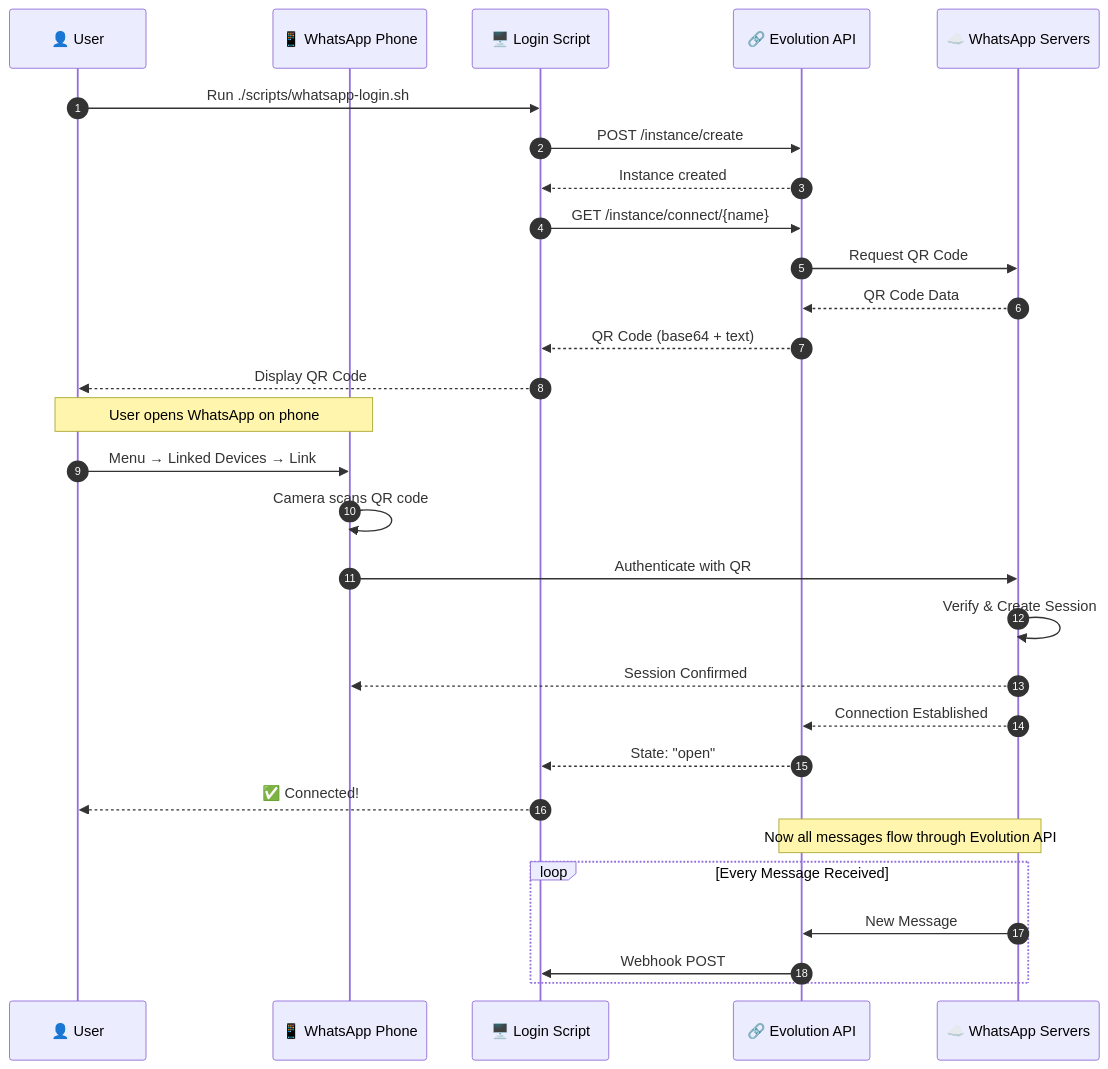
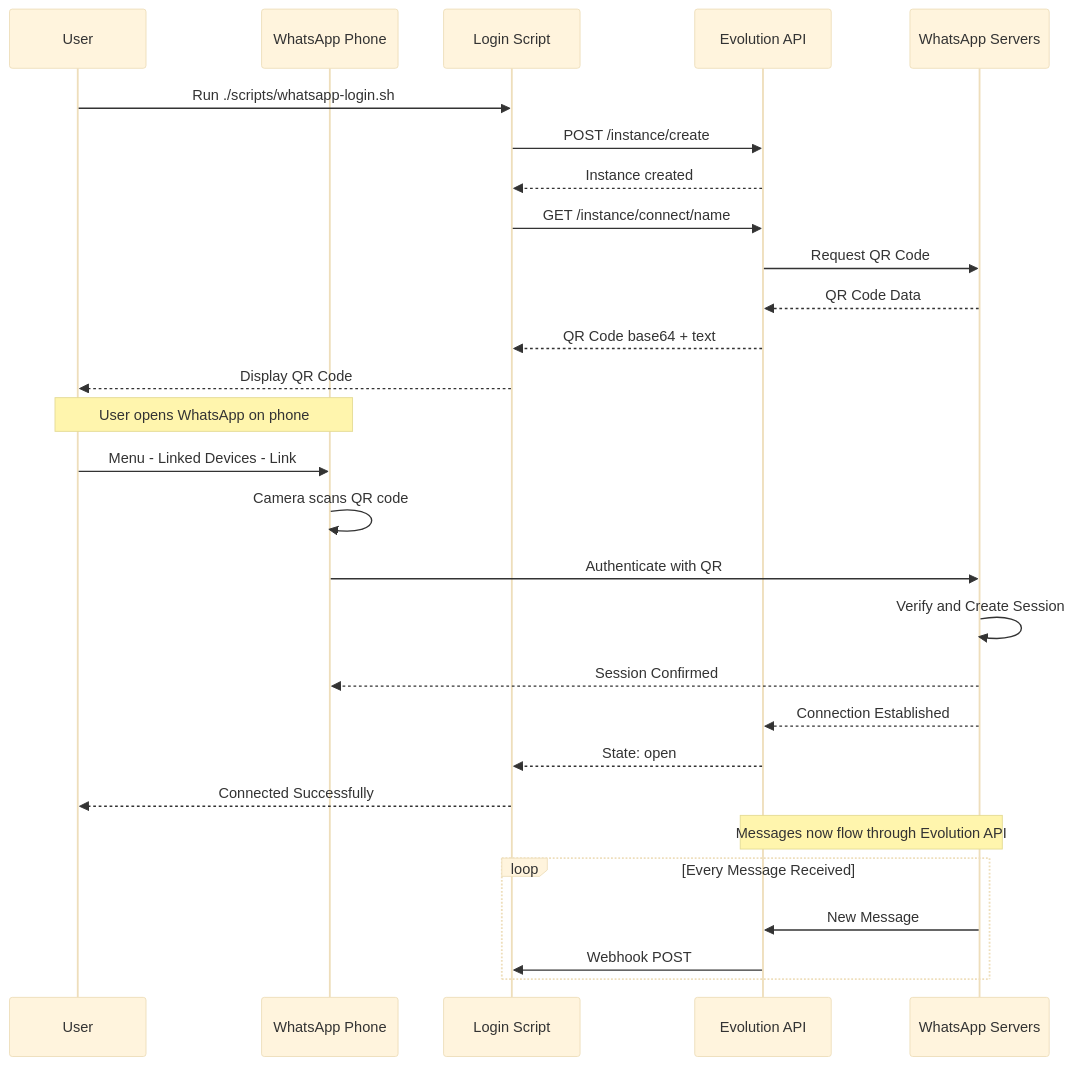
The diagram in docs/diagrams/02-whatsapp-login-flow.mmd (nityam2007/whatsapp-chat-rmd), drawn with Mermaid before and after one commit. The commit also changed 5 other files, not shown here.

First line of the commit message:
docs: update architecture diagrams for v0.5.0

```diff
--- a/docs/diagrams/02-whatsapp-login-flow.mmd
+++ b/docs/diagrams/02-whatsapp-login-flow.mmd
@@ -1,37 +1,42 @@
+%%{init: {'theme': 'base'}}%%
+
 sequenceDiagram
-    autonumber
-    participant User as 👤 User
-    participant Phone as 📱 WhatsApp Phone
-    participant Script as 🖥️ Login Script
-    participant EVO as 🔗 Evolution API
-    participant WA as ☁️ WhatsApp Servers
+    %% ============================================
+    %% WHATSAPP LOGIN FLOW - QR Code Authentication
+    %% ============================================
+
+    participant User as User
+    participant Phone as WhatsApp Phone
+    participant Script as Login Script
+    participant EVO as Evolution API
+    participant WA as WhatsApp Servers
 
     User->>Script: Run ./scripts/whatsapp-login.sh
     Script->>EVO: POST /instance/create
     EVO-->>Script: Instance created
     
-    Script->>EVO: GET /instance/connect/{name}
+    Script->>EVO: GET /instance/connect/name
     EVO->>WA: Request QR Code
     WA-->>EVO: QR Code Data
-    EVO-->>Script: QR Code (base64 + text)
+    EVO-->>Script: QR Code base64 + text
     
     Script-->>User: Display QR Code
     
     Note over User,Phone: User opens WhatsApp on phone
-    User->>Phone: Menu → Linked Devices → Link
+    User->>Phone: Menu - Linked Devices - Link
     Phone->>Phone: Camera scans QR code
     
     Phone->>WA: Authenticate with QR
-    WA->>WA: Verify & Create Session
+    WA->>WA: Verify and Create Session
     WA-->>Phone: Session Confirmed
     WA-->>EVO: Connection Established
     
-    EVO-->>Script: State: "open"
-    Script-->>User: ✅ Connected!
+    EVO-->>Script: State: open
+    Script-->>User: Connected Successfully
 
-    Note over EVO,WA: Now all messages flow through Evolution API
+    Note over EVO,WA: Messages now flow through Evolution API
     
     loop Every Message Received
         WA->>EVO: New Message
         EVO->>Script: Webhook POST
     end
```
